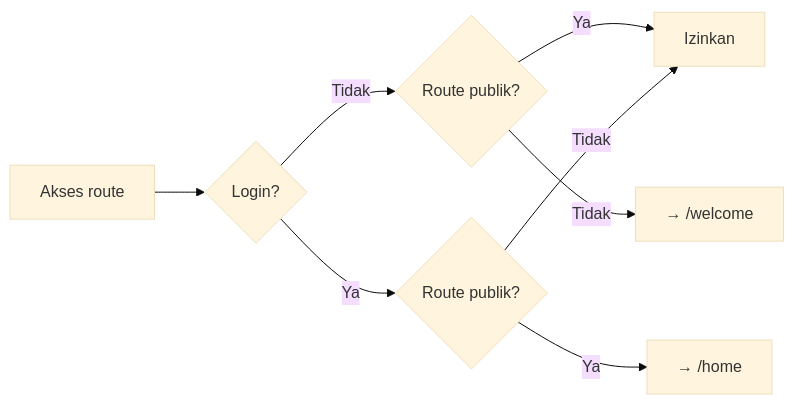
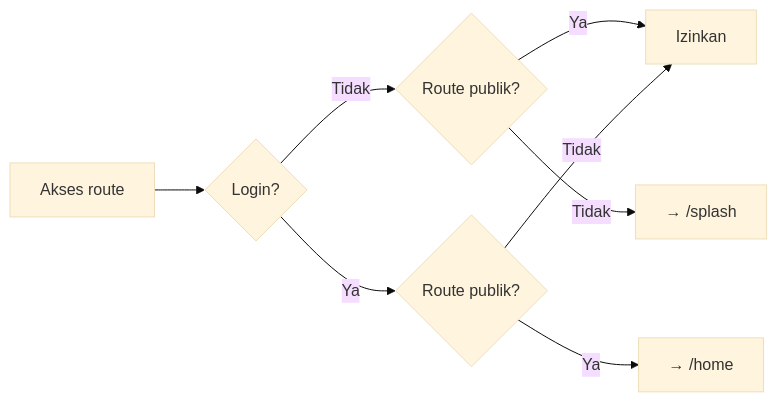
One commit to trialdyk/PBL-Skin-Problem-Detector changed the second of 3 diagrams in docs/arsitektur.md. Above: the diagram before and after it, drawn with Mermaid (base theme). The commit also changed other lines of this file and 6 other files, not shown here.

````diff
--- a/docs/arsitektur.md
+++ b/docs/arsitektur.md
@@ -104,10 +104,10 @@
 ```mermaid
 flowchart LR
     A["Akses route"] --> B{"Login?"}
     B -- "Tidak" --> C{"Route publik?"}
     C -- "Ya" --> D["Izinkan"]
-    C -- "Tidak" --> E["→ /welcome"]
+    C -- "Tidak" --> E["→ /splash"]
     B -- "Ya" --> F{"Route publik?"}
     F -- "Ya" --> G["→ /home"]
     F -- "Tidak" --> D
 ```
````
